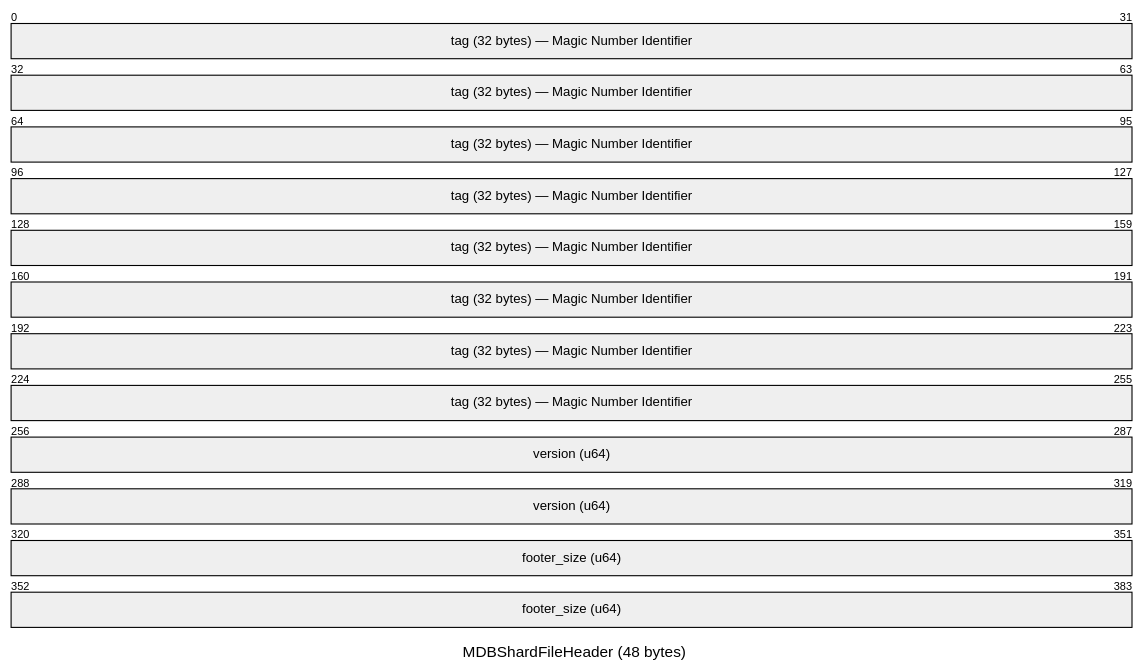
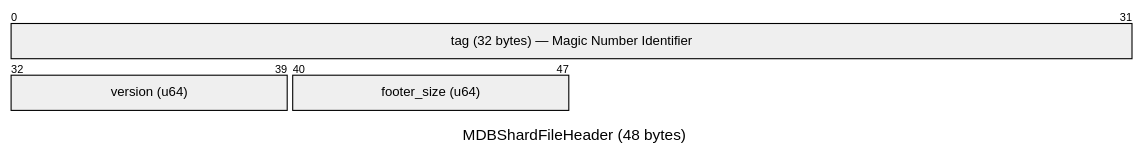
The first of 8 diagrams in docs/xet/shard.md (huggingface/hub-docs), drawn with Mermaid before and after one commit. The commit also changed other lines of this file and 1 other file, not shown here.

First line of the commit message:
Switch packet diagrams to byte-level addressing for readability

````diff
--- a/docs/xet/shard.md
+++ b/docs/xet/shard.md
@@ -119,9 +119,9 @@
 ```mermaid
 ---
 title: "MDBShardFileHeader (48 bytes)"
 ---
 packet
-  0-255: "tag (32 bytes) — Magic Number Identifier"
-  256-319: "version (u64)"
-  320-383: "footer_size (u64)"
+  0-31: "tag (32 bytes) — Magic Number Identifier"
+  32-39: "version (u64)"
+  40-47: "footer_size (u64)"
 ```
````
